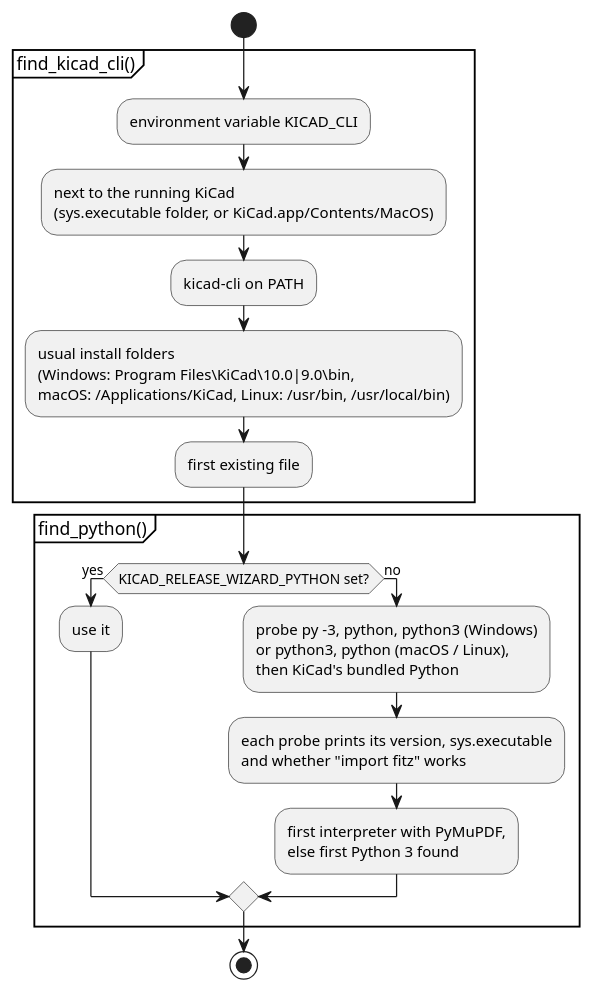
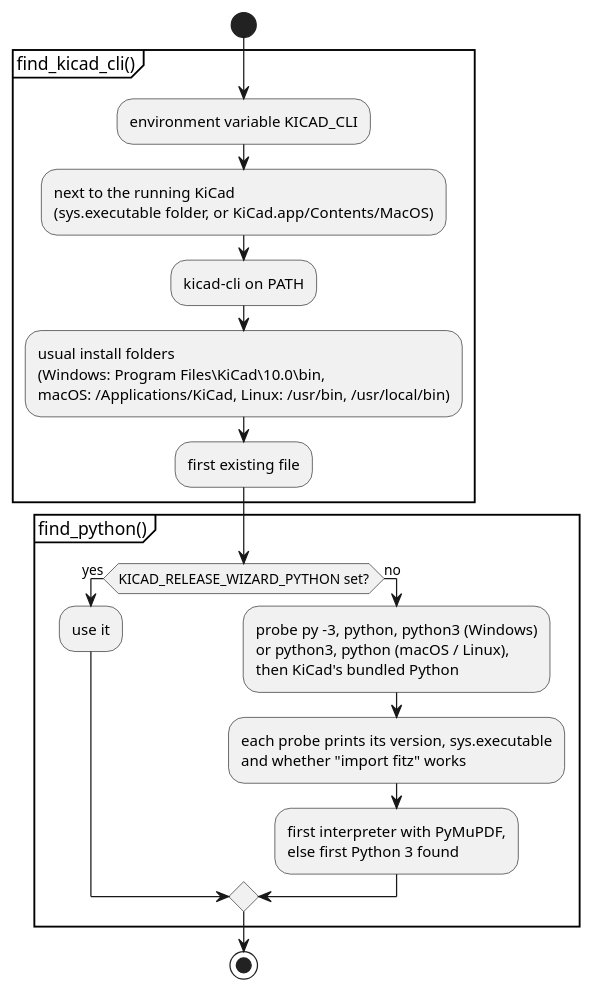
Before and after one commit to kevinwysocki/kicad_release_wizard: the diagram in doc/diagrams/discovery.puml, drawn with PlantUML. The commit also changed 7 other files, not shown here.

First line of the commit message:
Target KiCad 10 and PCM metadata schema v2

```diff
--- a/doc/diagrams/discovery.puml
+++ b/doc/diagrams/discovery.puml
@@ -1,28 +1,28 @@
 @startuml discovery
 skinparam shadowing false
 start
 partition "find_kicad_cli()" {
   :environment variable KICAD_CLI;
   :next to the running KiCad
   (sys.executable folder, or KiCad.app/Contents/MacOS);
   :kicad-cli on PATH;
   :usual install folders
-  (Windows: Program Files\KiCad\10.0|9.0\bin,
+  (Windows: Program Files\KiCad\10.0\bin,
   macOS: /Applications/KiCad, Linux: /usr/bin, /usr/local/bin);
   :first existing file;
 }
 partition "find_python()" {
   if (KICAD_RELEASE_WIZARD_PYTHON set?) then (yes)
     :use it;
   else (no)
     :probe py -3, python, python3 (Windows)
     or python3, python (macOS / Linux),
     then KiCad's bundled Python;
     :each probe prints its version, sys.executable
     and whether "import fitz" works;
     :first interpreter with PyMuPDF,
     else first Python 3 found;
   endif
 }
 stop
 @enduml
```
